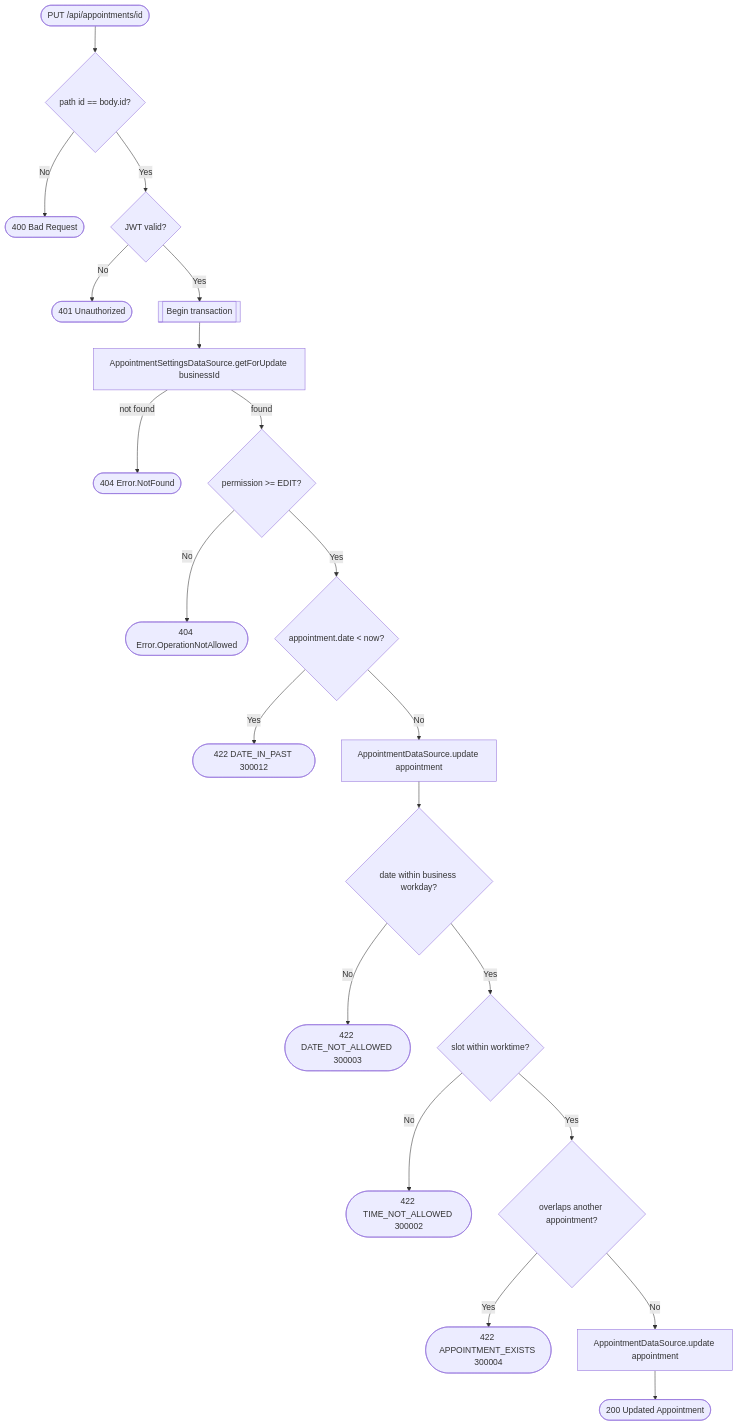
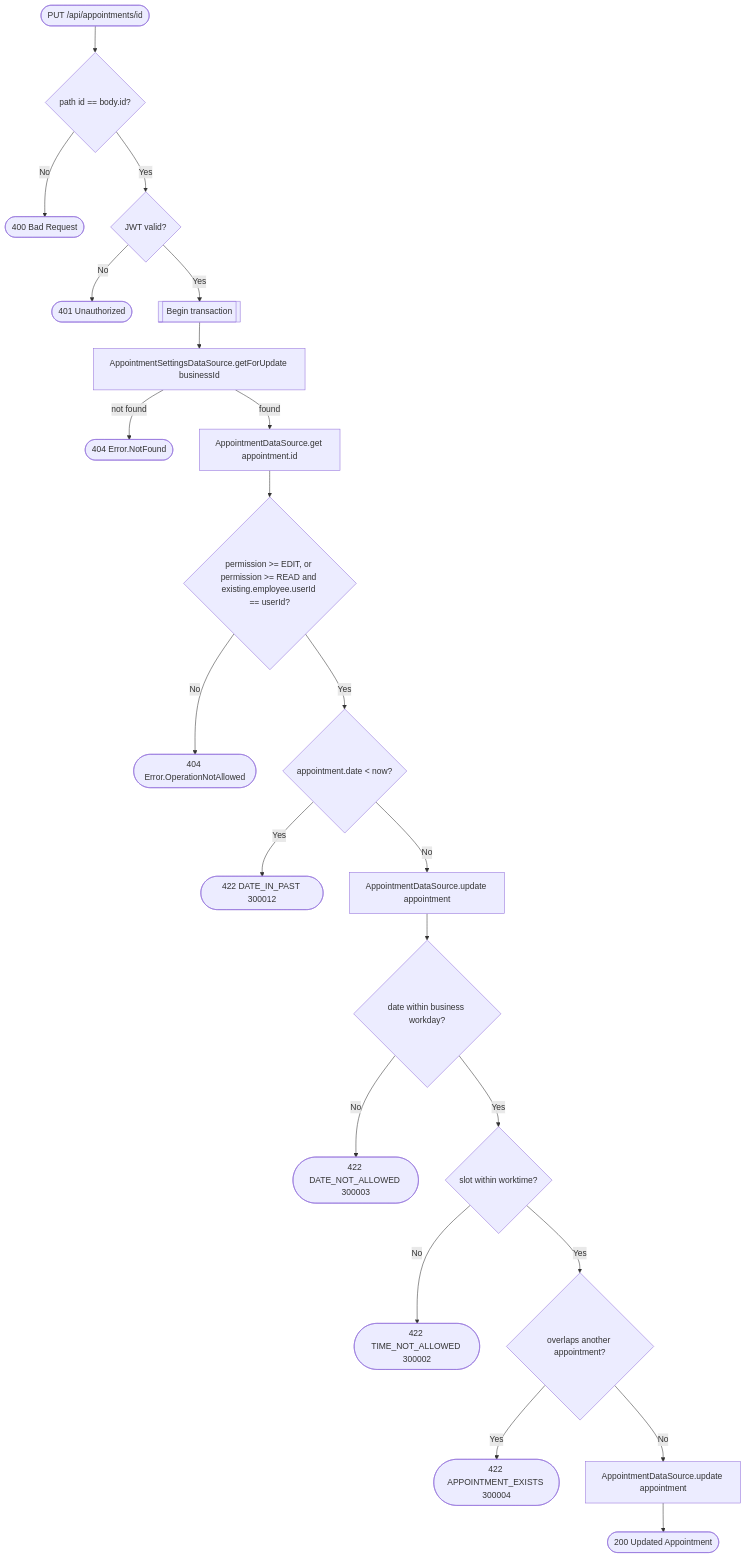
The diagram in docs/operations/appointments/update-appointment.md (an22/bookk.me-backend), drawn with Mermaid before and after one commit. The commit also changed other lines of this file and 55 other files, not shown here.

Commit message:
[ISSUE-89] add permission so employee can change its own records even with READ permissions

````diff
--- a/docs/operations/appointments/update-appointment.md
+++ b/docs/operations/appointments/update-appointment.md
@@ -10,23 +15,24 @@
 ```mermaid
 flowchart TD
     Start([PUT /api/appointments/id]) --> PathCheck{path id == body.id?}
     PathCheck -- No --> R400([400 Bad Request])
     PathCheck -- Yes --> Auth{JWT valid?}
     Auth -- No --> R401([401 Unauthorized])
     Auth -- Yes --> Tx[[Begin transaction]]
     Tx --> Settings[AppointmentSettingsDataSource.getForUpdate businessId]
     Settings -- not found --> R404a([404 Error.NotFound])
-    Settings -- found --> Perm{permission >= EDIT?}
+    Settings -- found --> GetExisting[AppointmentDataSource.get appointment.id]
+    GetExisting --> Perm{permission >= EDIT, or permission >= READ and existing.employee.userId == userId?}
     Perm -- No --> R404b([404 Error.OperationNotAllowed])
     Perm -- Yes --> PastCheck{appointment.date < now?}
     PastCheck -- Yes --> R422a([422 DATE_IN_PAST 300012])
     PastCheck -- No --> Update1[AppointmentDataSource.update appointment]
     Update1 --> WorkdayCheck{date within business workday?}
     WorkdayCheck -- No --> R422b([422 DATE_NOT_ALLOWED 300003])
     WorkdayCheck -- Yes --> WorktimeCheck{slot within worktime?}
     WorktimeCheck -- No --> R422c([422 TIME_NOT_ALLOWED 300002])
     WorktimeCheck -- Yes --> Overlap{overlaps another appointment?}
     Overlap -- Yes --> R422d([422 APPOINTMENT_EXISTS 300004])
     Overlap -- No --> Update2[AppointmentDataSource.update appointment]
     Update2 --> R200([200 Updated Appointment])
 ```
````
